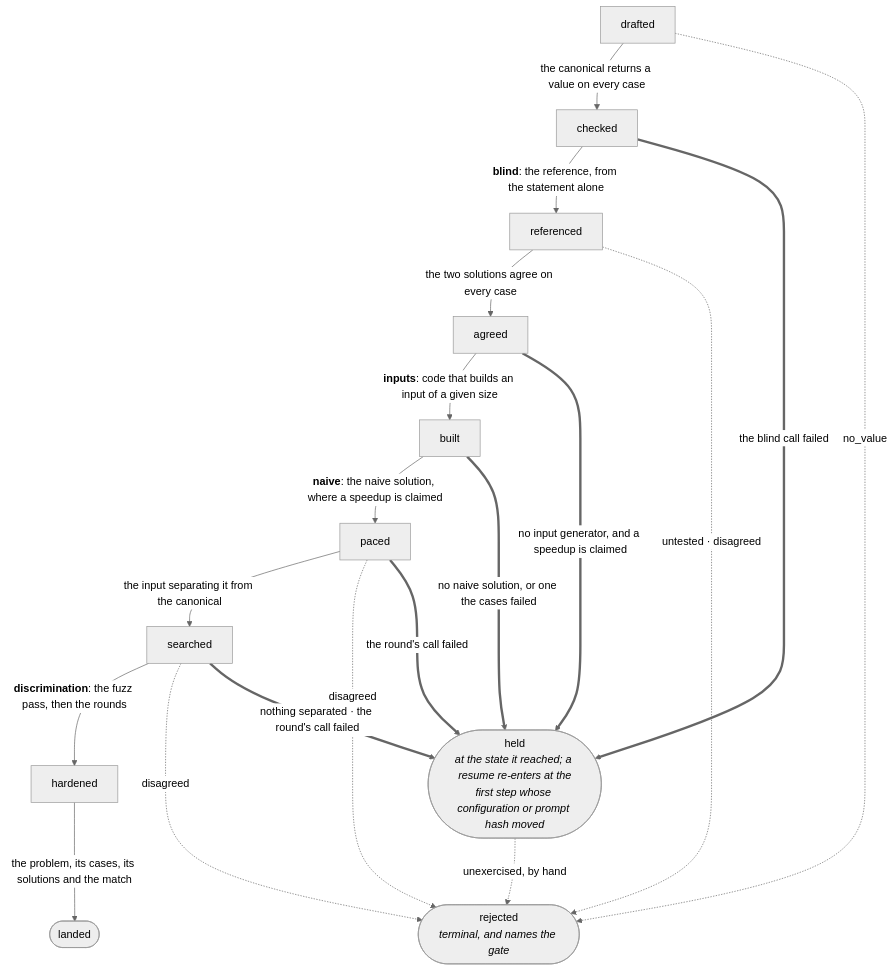
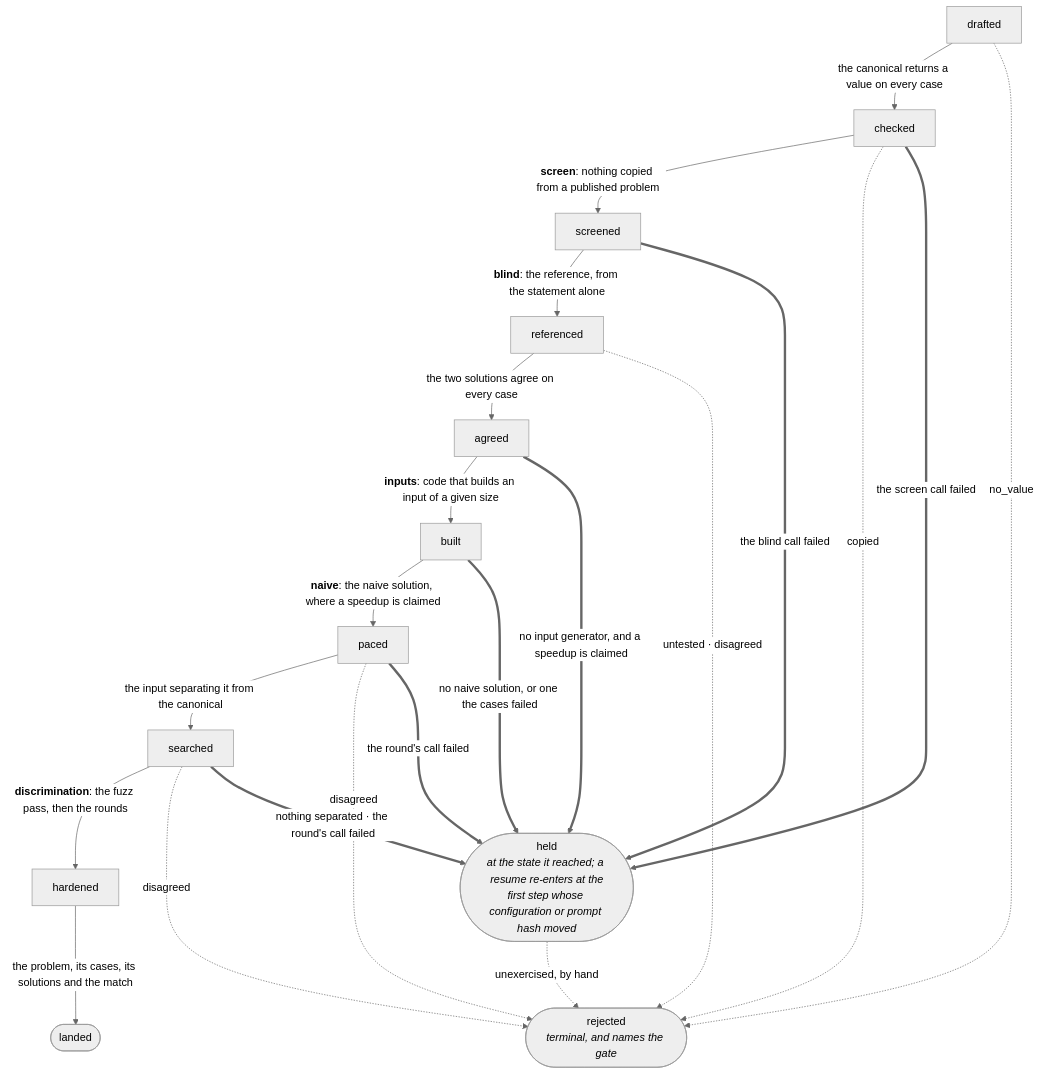
One commit to lunochkin/algo-coach changed the diagram in docs/architecture/flows.md. Above: the diagram before and after it, drawn with Mermaid (neutral theme). The commit also changed other lines of this file and 38 other files, not shown here.

First line of the commit message:
feat: screen drafts for copied problems

````diff
--- a/docs/architecture/flows.md
+++ b/docs/architecture/flows.md
@@ -196,23 +216,26 @@
 ```mermaid
 flowchart TB
   D["drafted"] -->|"the canonical returns a value on every case"| C["checked"]
-  C -->|"<b>blind</b>: the reference, from the statement alone"| R["referenced"]
+  C -->|"<b>screen</b>: nothing copied from a published problem"| Q["screened"]
+  Q -->|"<b>blind</b>: the reference, from the statement alone"| R["referenced"]
   R -->|"the two solutions agree on every case"| A["agreed"]
   A -->|"<b>inputs</b>: code that builds an input of a given size"| B["built"]
   B -->|"<b>naive</b>: the naive solution, where a speedup is claimed"| P["paced"]
   P -->|"the input separating it from the canonical"| S["searched"]
   S -->|"<b>discrimination</b>: the fuzz pass, then the rounds"| H["hardened"]
   H -->|"the problem, its cases, its solutions and the match"| L(["landed"])
 
   D -.->|"no_value"| X(["rejected<br/><i>terminal, and names the gate</i>"])
+  C -.->|"copied"| X
   R -.->|"untested · disagreed"| X
   P -.->|"disagreed"| X
   S -.->|"disagreed"| X
 
-  C ==>|"the blind call failed"| Z(["held<br/><i>at the state it reached; a resume re-enters at the<br/>first step whose configuration or prompt hash moved</i>"])
+  C ==>|"the screen call failed"| Z(["held<br/><i>at the state it reached; a resume re-enters at the<br/>first step whose configuration or prompt hash moved</i>"])
+  Q ==>|"the blind call failed"| Z
   A ==>|"no input generator, and a speedup is claimed"| Z
   B ==>|"no naive solution, or one the cases failed"| Z
   P ==>|"the round's call failed"| Z
   S ==>|"nothing separated · the round's call failed"| Z
   Z -.->|"unexercised, by hand"| X
 ```
````
